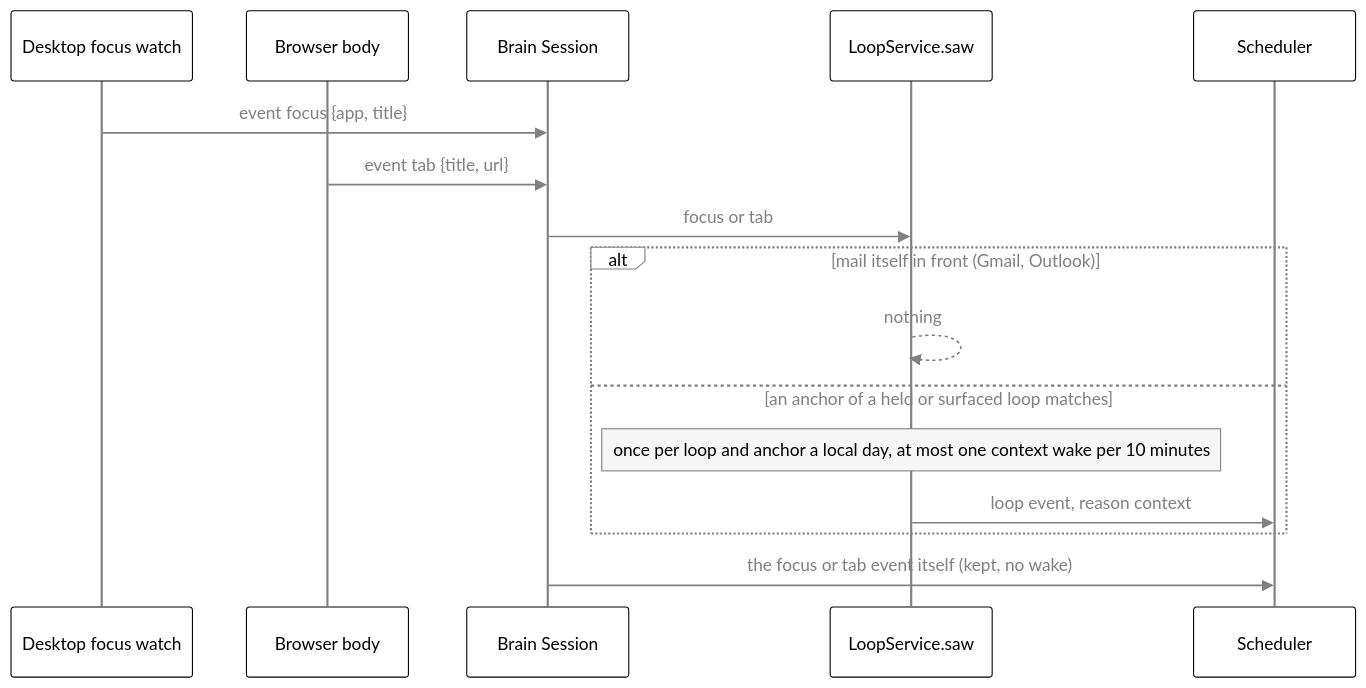
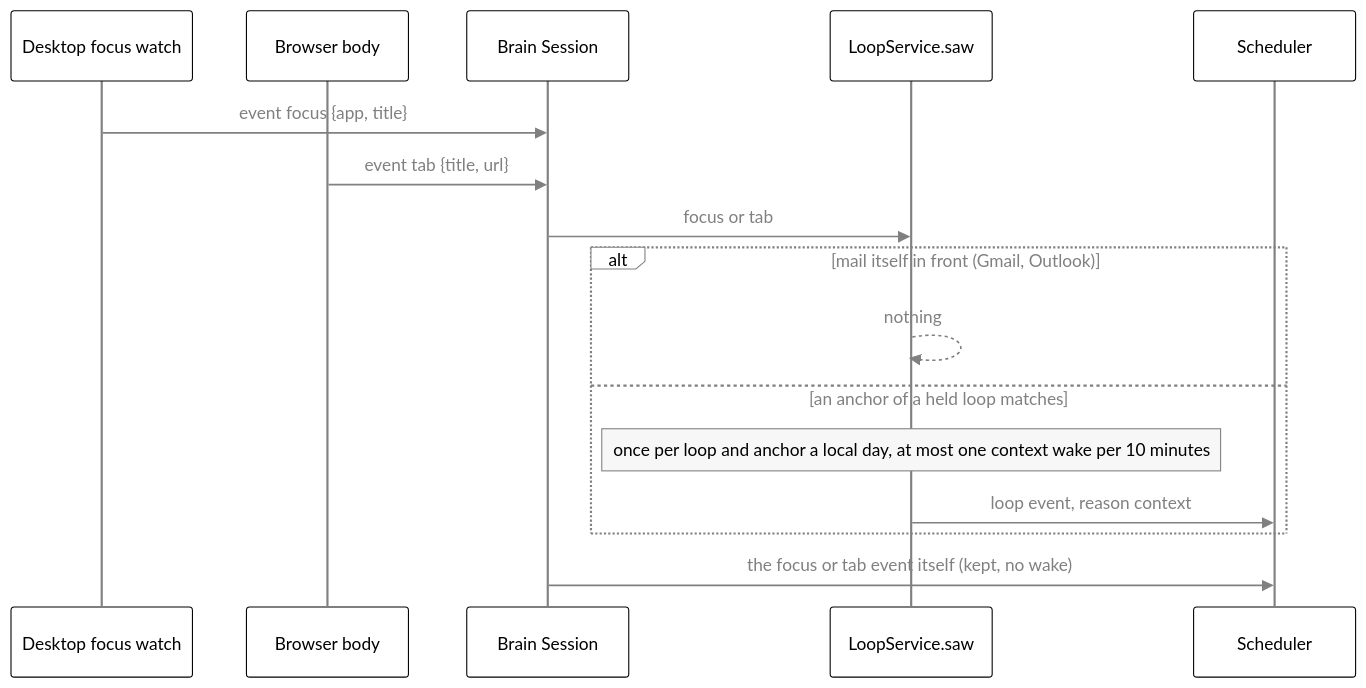
The sixth of 6 diagrams in docs/sight.md (nadeem4/tagalong), drawn with Mermaid before and after one commit. The commit also changed 9 other files, not shown here.

````diff
--- a/docs/sight.md
+++ b/docs/sight.md
@@ -437,19 +437,19 @@
 ```mermaid
 %%{init: {"theme": "base", "themeVariables": {"primaryColor": "#ffffff", "primaryTextColor": "#000000", "primaryBorderColor": "#000000", "lineColor": "#808080", "arrowheadColor": "#808080", "secondaryColor": "#f2f2f2", "tertiaryColor": "#ffffff", "clusterBkg": "#f7f7f7", "clusterBorder": "#808080", "edgeLabelBackground": "#ffffff", "titleColor": "#808080", "actorBkg": "#ffffff", "actorBorder": "#000000", "actorTextColor": "#000000", "actorLineColor": "#808080", "signalColor": "#808080", "signalTextColor": "#808080", "sequenceNumberColor": "#ffffff", "labelBoxBkgColor": "#ffffff", "labelBoxBorderColor": "#808080", "labelTextColor": "#000000", "loopTextColor": "#808080", "noteBkgColor": "#f7f7f7", "noteBorderColor": "#808080", "noteTextColor": "#000000", "activationBkgColor": "#f7f7f7", "activationBorderColor": "#808080", "fontFamily": "Segoe UI, Helvetica, Arial, sans-serif"}}}%%
 sequenceDiagram
   participant D as Desktop focus watch
   participant X as Browser body
   participant S as Brain Session
   participant L as LoopService.saw
   participant Q as Scheduler
   D->>S: event focus {app, title}
   X->>S: event tab {title, url}
   S->>L: focus or tab
   alt mail itself in front (Gmail, Outlook)
     L-->>L: nothing
-  else an anchor of a held or surfaced loop matches
+  else an anchor of a held loop matches
     Note over L: once per loop and anchor a local day, at most one context wake per 10 minutes
     L->>Q: loop event, reason context
   end
   S->>Q: the focus or tab event itself (kept, no wake)
 ```
````
